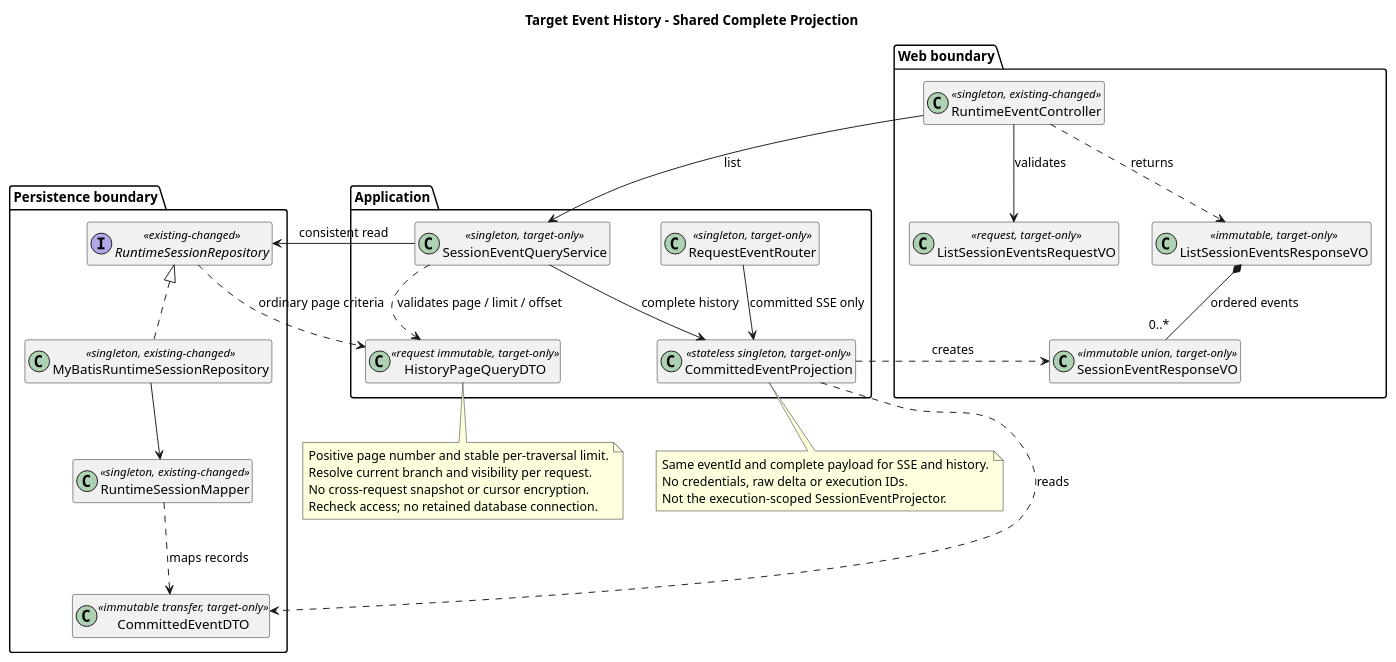
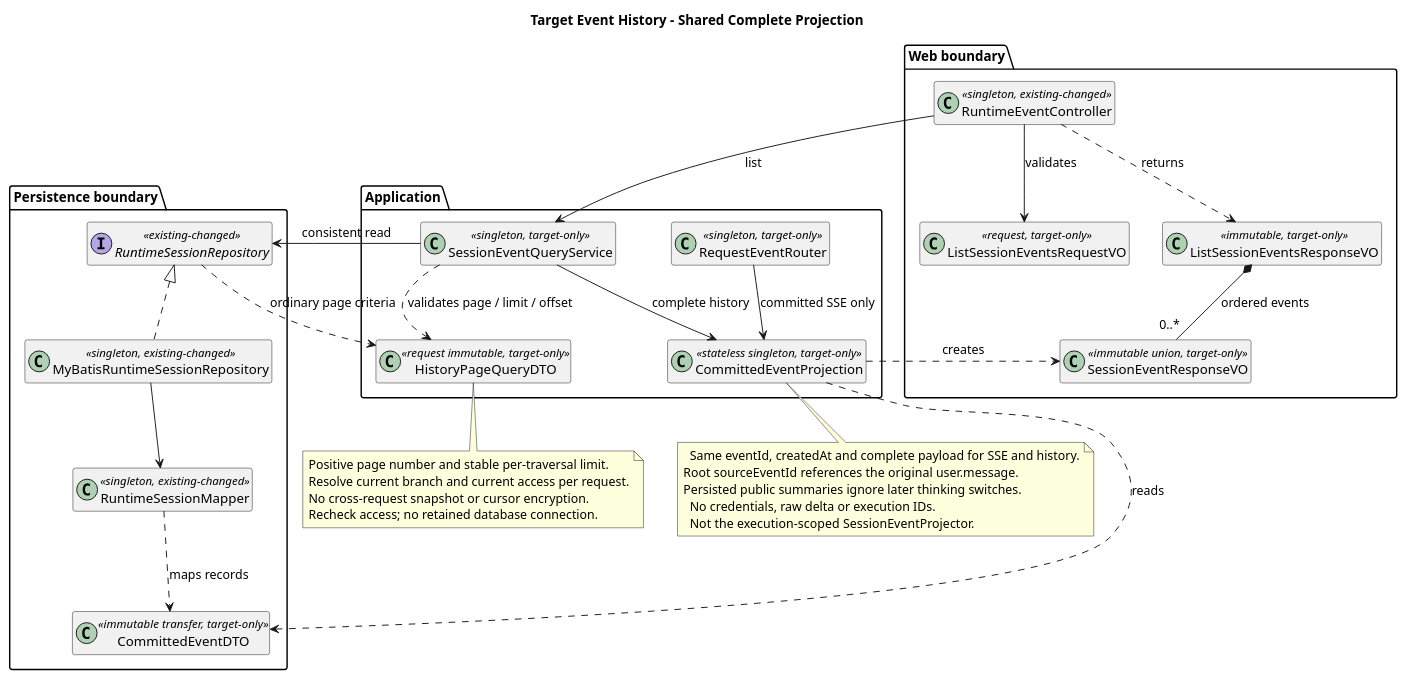
Before and after one commit to ssm0808/pi-mono-java-design: the first of 2 diagrams in 01-总体架构/01-CampusClaw多Agent运行时/设计图/事件历史查询/diagram.puml, drawn with PlantUML. The commit also changed other lines of this file and 52 other files, not shown here.

```diff
--- a/01-总体架构/01-CampusClaw多Agent运行时/设计图/事件历史查询/diagram.puml
+++ b/01-总体架构/01-CampusClaw多Agent运行时/设计图/事件历史查询/diagram.puml
@@ -1,55 +1,57 @@
 @startuml target_event_history_classes
 title Target Event History - Shared Complete Projection
 ' Source baseline: pi-mono-java dfb90cac4e233e09a0b8f047f7e9f4682f5ad238
 ' Source: campusclaw/src/main/java/com/huawei/hicampus/claw/codingagent/runtimeapi/event/RuntimeEventQueryService.java, list/pageOf.
 ' Source: campusclaw/src/main/java/com/huawei/hicampus/claw/codingagent/runtimeapi/event/RuntimeEntryCodec.java, toHistoryEvent/toSseData.
 ' Source: campusclaw/src/main/java/com/huawei/hicampus/claw/codingagent/runtimeapi/event/RuntimeEventCursorCodec.java, encode/decode.
 ' Observed behavior: current pages are sequence-based opaque cursors, not integers.
 ' Design reason: one complete projection prevents SSE/history identity drift.
 ' All new classes and relations are target-only; existing boundaries are changed.
 hide empty members
 skinparam classAttributeIconSize 0
 package "Web boundary" {
   class RuntimeEventController <<singleton, existing-changed>>
   class ListSessionEventsRequestVO <<request, target-only>>
   class ListSessionEventsResponseVO <<immutable, target-only>>
   class SessionEventResponseVO <<immutable union, target-only>>
 }
 package "Application" {
   class SessionEventQueryService <<singleton, target-only>>
   class HistoryPageQueryDTO <<request immutable, target-only>>
   class CommittedEventProjection <<stateless singleton, target-only>>
   class RequestEventRouter <<singleton, target-only>>
 }
 package "Persistence boundary" {
   interface RuntimeSessionRepository <<existing-changed>>
   class MyBatisRuntimeSessionRepository <<singleton, existing-changed>>
   class CommittedEventDTO <<immutable transfer, target-only>>
   class RuntimeSessionMapper <<singleton, existing-changed>>
 }
 RuntimeEventController --> ListSessionEventsRequestVO : validates
 RuntimeEventController --> SessionEventQueryService : list
 RuntimeEventController ..> ListSessionEventsResponseVO : returns
 ListSessionEventsResponseVO *-- "0..*" SessionEventResponseVO : ordered events
 SessionEventQueryService ..> HistoryPageQueryDTO : validates page / limit / offset
 SessionEventQueryService --> RuntimeSessionRepository : consistent read
 SessionEventQueryService --> CommittedEventProjection : complete history
 RequestEventRouter --> CommittedEventProjection : committed SSE only
 CommittedEventProjection ..> CommittedEventDTO : reads
 CommittedEventProjection ..> SessionEventResponseVO : creates
 RuntimeSessionRepository <|.. MyBatisRuntimeSessionRepository
 MyBatisRuntimeSessionRepository --> RuntimeSessionMapper
 RuntimeSessionMapper ..> CommittedEventDTO : maps records
 RuntimeSessionRepository ..> HistoryPageQueryDTO : ordinary page criteria
 note bottom of HistoryPageQueryDTO
   Positive page number and stable per-traversal limit.
-  Resolve current branch and visibility per request.
+  Resolve current branch and current access per request.
   No cross-request snapshot or cursor encryption.
   Recheck access; no retained database connection.
 end note
 note bottom of CommittedEventProjection
-  Same eventId and complete payload for SSE and history.
+  Same eventId, createdAt and complete payload for SSE and history.
+Root sourceEventId references the original user.message.
+Persisted public summaries ignore later thinking switches.
   No credentials, raw delta or execution IDs.
   Not the execution-scoped SessionEventProjector.
 end note
 @enduml
```
